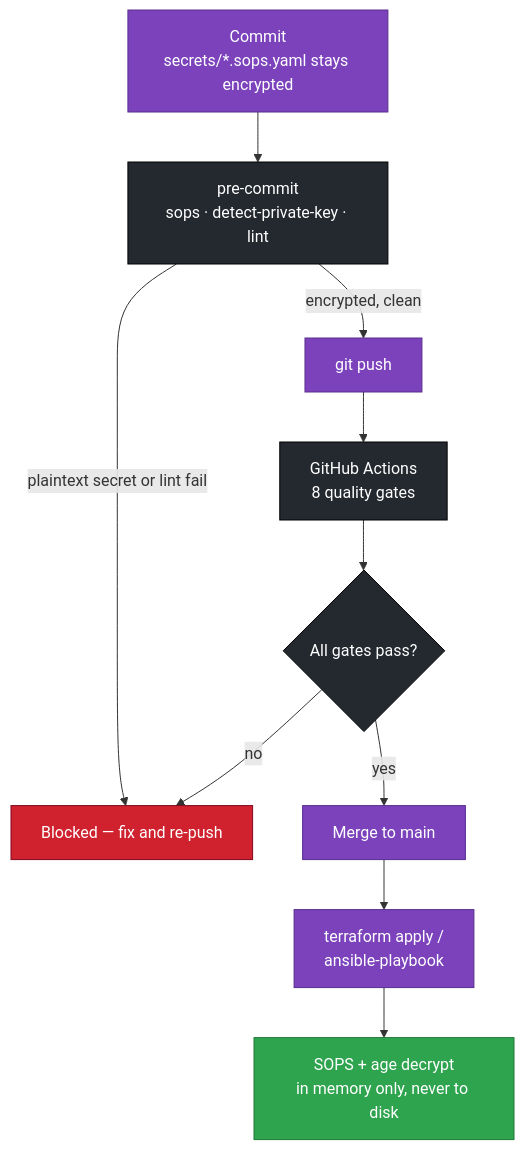
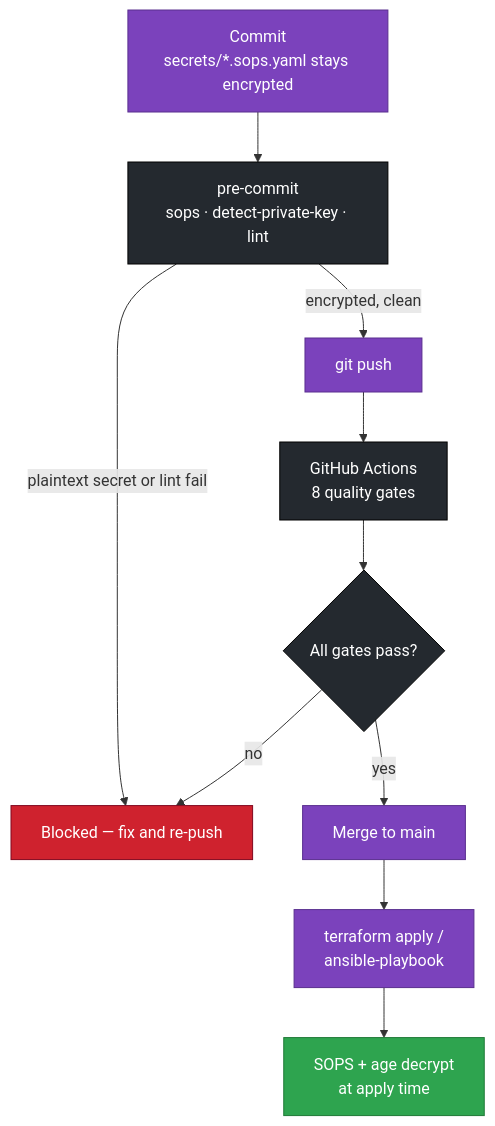
The third of 3 diagrams in README.md (RashunB/Arr-Media-Platform-Project), drawn with Mermaid before and after one commit. The commit also changed other lines of this file and 38 other files, not shown here.

````diff
--- a/README.md
+++ b/README.md
@@ -122,31 +122,31 @@
 ```mermaid
 flowchart TD
     DEV["Commit<br/>secrets/*.sops.yaml stays encrypted"]
     PC["pre-commit<br/>sops · detect-private-key · lint"]
     BLOCK["Blocked — fix and re-push"]
     PUSH["git push"]
     CI["GitHub Actions<br/>8 quality gates"]
     GATE{"All gates pass?"}
     MERGE["Merge to main"]
     APPLY["terraform apply /<br/>ansible-playbook"]
-    DECRYPT["SOPS + age decrypt<br/>in memory only, never to disk"]
+    DECRYPT["SOPS + age decrypt<br/>at apply time"]
 
     DEV --> PC
     PC -->|encrypted, clean| PUSH
     PC -->|plaintext secret or lint fail| BLOCK
     PUSH --> CI
     CI --> GATE
     GATE -->|yes| MERGE
     GATE -->|no| BLOCK
     MERGE --> APPLY
     APPLY --> DECRYPT
 
     classDef ctrl fill:#7B42BC,color:#fff,stroke:#5a2f8f
     classDef secrets fill:#2ea44f,color:#fff,stroke:#1f7a37
     classDef ci fill:#24292f,color:#fff,stroke:#000
     classDef blocked fill:#cf222e,color:#fff,stroke:#82071e
     class DEV,PUSH,MERGE,APPLY ctrl
     class PC,CI,GATE ci
     class DECRYPT secrets
     class BLOCK blocked
 ```
````
